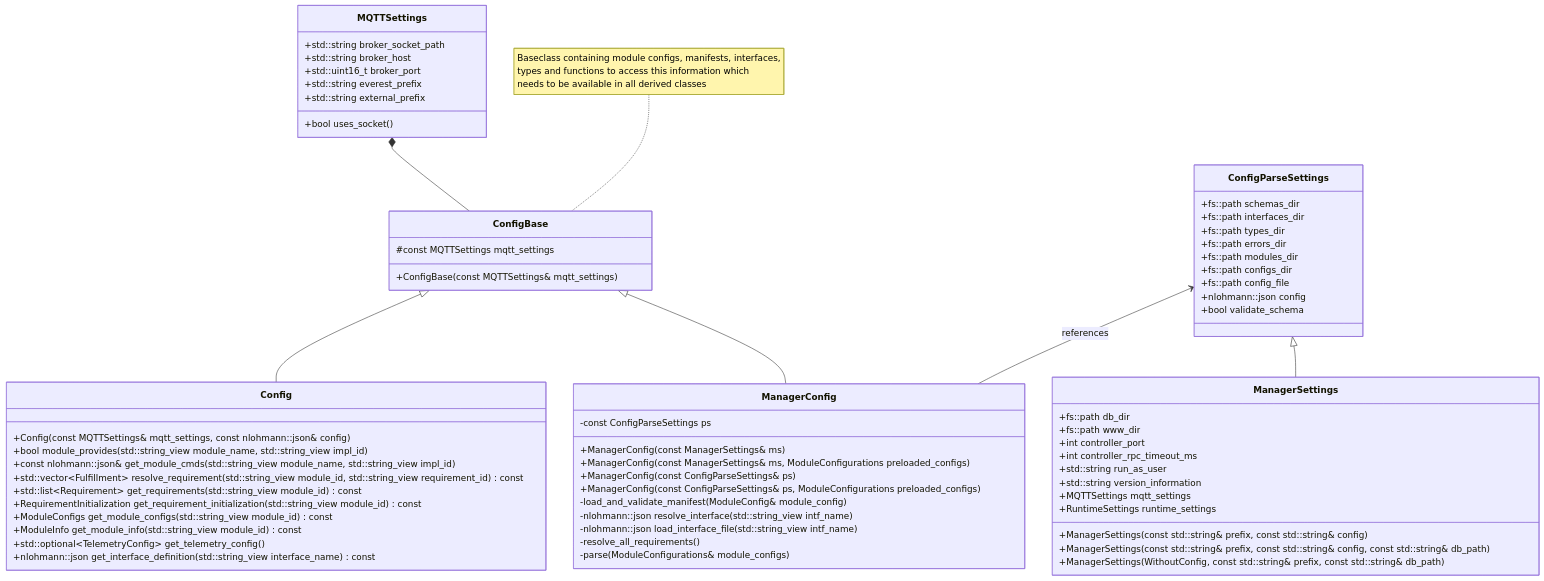
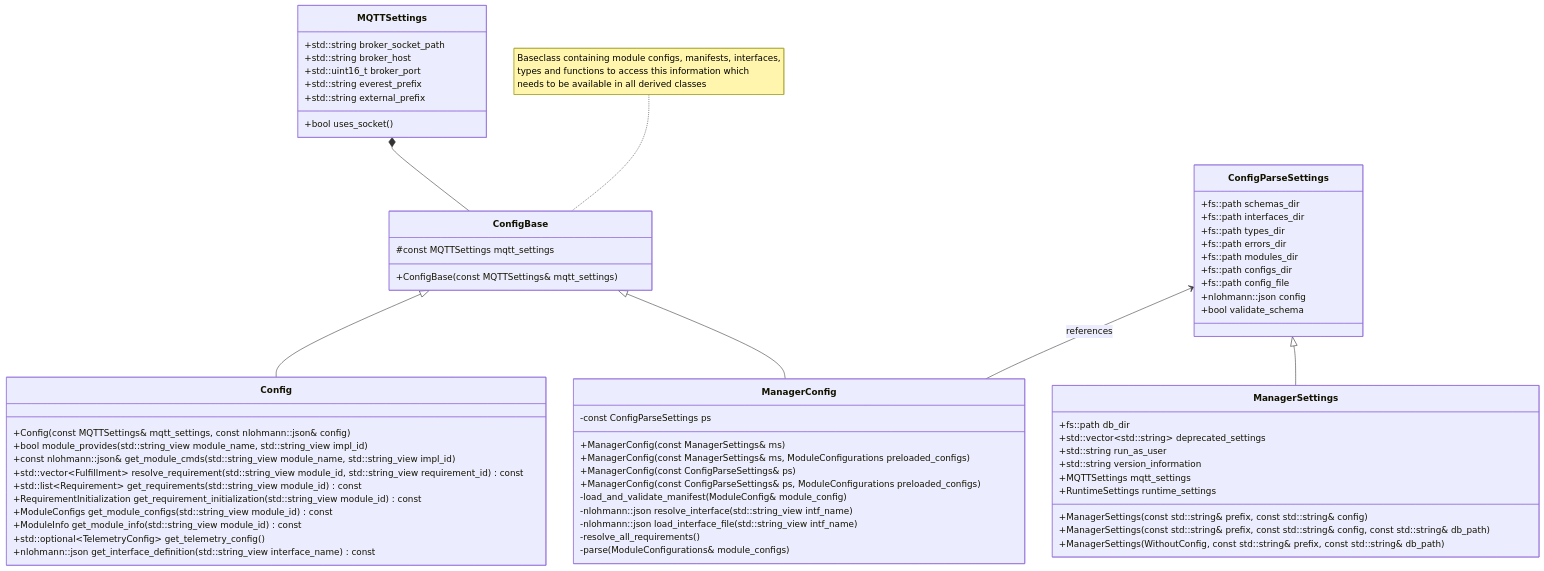
Before and after one commit to EVerest/EVerest: the second of 2 diagrams in lib/everest/framework/docs/MQTTConfigDistribution.md, drawn with Mermaid. The commit also changed 79 other files, not shown here.

````diff
--- a/lib/everest/framework/docs/MQTTConfigDistribution.md
+++ b/lib/everest/framework/docs/MQTTConfigDistribution.md
@@ -57,80 +57,78 @@
 ```mermaid
 classDiagram
 ConfigBase <|-- ManagerConfig
 ConfigBase <|-- Config
 ConfigParseSettings <|-- ManagerSettings
 MQTTSettings *-- ConfigBase
 ConfigParseSettings <-- ManagerConfig : references
 
 note for ConfigBase "
 Baseclass containing module configs, manifests, interfaces,
 types and functions to access this information which
 needs to be available in all derived classes
 "
 
 class ConfigParseSettings{
     +fs::path schemas_dir
     +fs::path interfaces_dir
     +fs::path types_dir
     +fs::path errors_dir
     +fs::path modules_dir
     +fs::path configs_dir
     +fs::path config_file
     +nlohmann::json config
     +bool validate_schema
 }
 
 class ManagerSettings{
     +fs::path db_dir
-    +fs::path www_dir
-    +int controller_port
-    +int controller_rpc_timeout_ms
+    +std::vector~std::string~ deprecated_settings
     +std::string run_as_user
     +std::string version_information
     +MQTTSettings mqtt_settings
     +RuntimeSettings runtime_settings
     +ManagerSettings(const std::string& prefix, const std::string& config)
     +ManagerSettings(const std::string& prefix, const std::string& config, const std::string& db_path)
     +ManagerSettings(WithoutConfig, const std::string& prefix, const std::string& db_path)
 }
 
 class MQTTSettings{
     +std::string broker_socket_path
     +std::string broker_host
     +std::uint16_t broker_port
     +std::string everest_prefix
     +std::string external_prefix
     +bool uses_socket()
 }
 
 class ConfigBase{
     #const MQTTSettings mqtt_settings
     +ConfigBase(const MQTTSettings& mqtt_settings)
 }
 
 class ManagerConfig{
     -const ConfigParseSettings ps
     +ManagerConfig(const ManagerSettings& ms)
     +ManagerConfig(const ManagerSettings& ms, ModuleConfigurations preloaded_configs)
     +ManagerConfig(const ConfigParseSettings& ps)
     +ManagerConfig(const ConfigParseSettings& ps, ModuleConfigurations preloaded_configs)
     -load_and_validate_manifest(ModuleConfig& module_config)
     -nlohmann::json resolve_interface(std::string_view intf_name)
     -nlohmann::json load_interface_file(std::string_view intf_name)
     -resolve_all_requirements()
     -parse(ModuleConfigurations& module_configs)
 }
 
 class Config{
     +Config(const MQTTSettings& mqtt_settings, const nlohmann::json& config)
     +bool module_provides(std::string_view module_name, std::string_view impl_id)
     +const nlohmann::json& get_module_cmds(std::string_view module_name, std::string_view impl_id)
     +std::vector~Fulfillment~ resolve_requirement(std::string_view module_id, std::string_view requirement_id) const
     +std::list~Requirement~ get_requirements(std::string_view module_id) const
     +RequirementInitialization get_requirement_initialization(std::string_view module_id) const
     +ModuleConfigs get_module_configs(std::string_view module_id) const
     +ModuleInfo get_module_info(std::string_view module_id) const
     +std::optional~TelemetryConfig~ get_telemetry_config()
     +nlohmann::json get_interface_definition(std::string_view interface_name) const
 }
 ```
````
